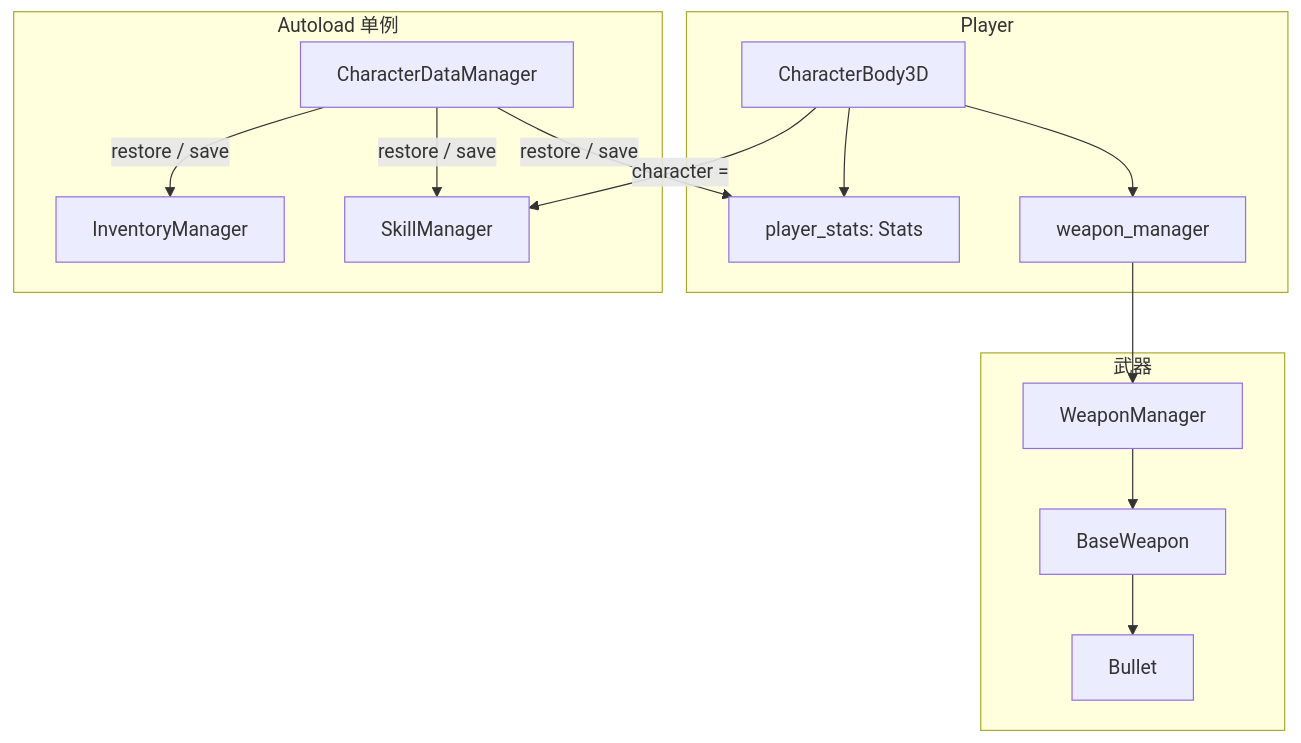
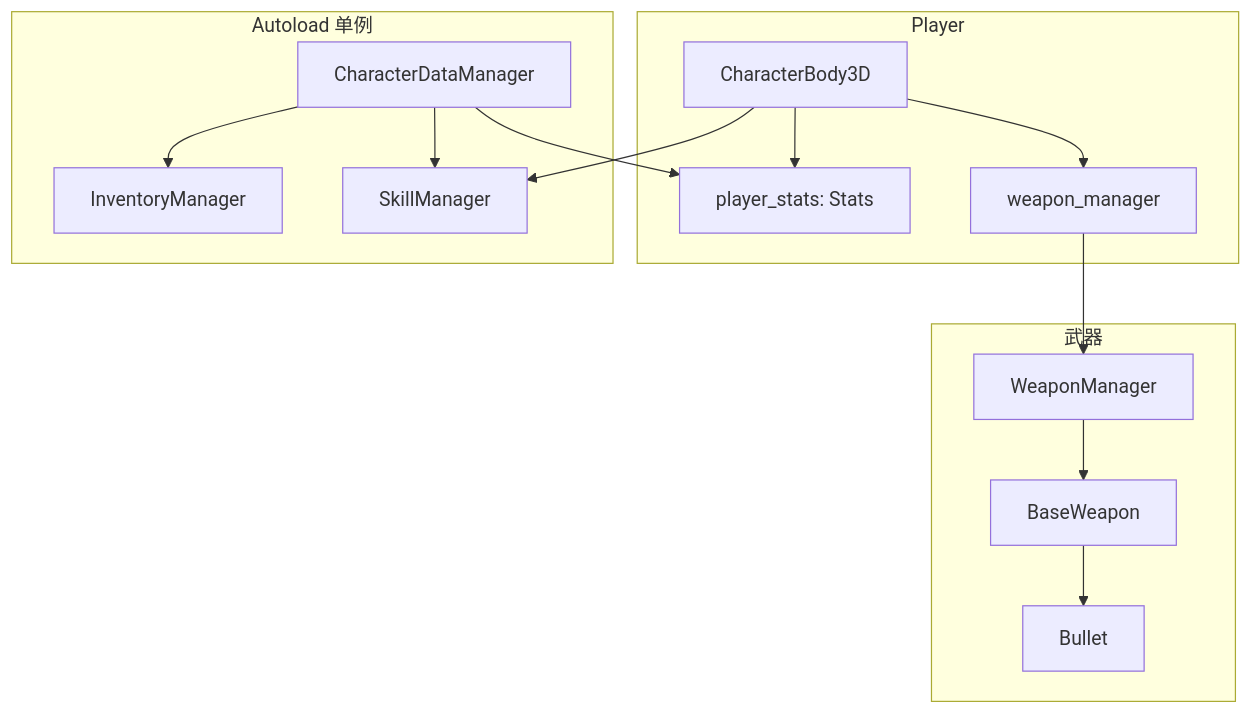
Before and after one commit to baixuan297/Human-Disaster: the diagram in docs/CHARACTER_AND_WEAPON_OVERVIEW.md, drawn with Mermaid. The commit also changed other lines of this file and 24 other files, not shown here.

First line of the commit message:
docs: consolidate README as single entry with intro and architecture

````diff
--- a/docs/CHARACTER_AND_WEAPON_OVERVIEW.md
+++ b/docs/CHARACTER_AND_WEAPON_OVERVIEW.md
@@ -10,27 +13,27 @@
 ```mermaid
 flowchart TB
     subgraph player [Player]
         PlayerNode[CharacterBody3D]
         PlayerStats[player_stats: Stats]
         WeaponMgrRef[weapon_manager]
     end
     subgraph autoload [Autoload 单例]
         SkillMgr[SkillManager]
         InvMgr[InventoryManager]
         CharData[CharacterDataManager]
     end
     subgraph weapon [武器]
         WeaponManager[WeaponManager]
         BaseWeapon[BaseWeapon]
         Bullet[Bullet]
     end
-    PlayerNode -->|"character ="| SkillMgr
+    PlayerNode --> SkillMgr
     PlayerNode --> PlayerStats
     PlayerNode --> WeaponMgrRef
     WeaponMgrRef --> WeaponManager
     WeaponManager --> BaseWeapon
     BaseWeapon --> Bullet
-    CharData -->|"restore / save"| InvMgr
-    CharData -->|"restore / save"| SkillMgr
-    CharData -->|"restore / save"| PlayerStats
+    CharData --> InvMgr
+    CharData --> SkillMgr
+    CharData --> PlayerStats
 ```
````
